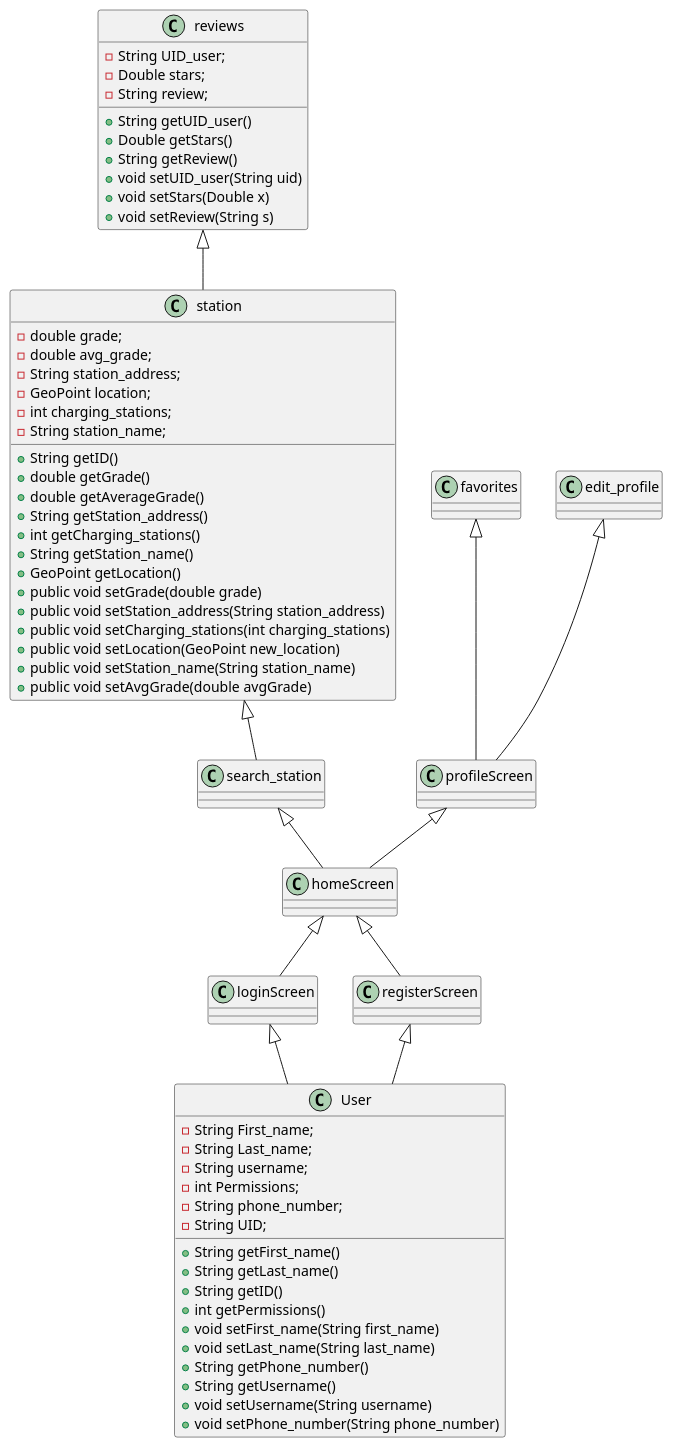
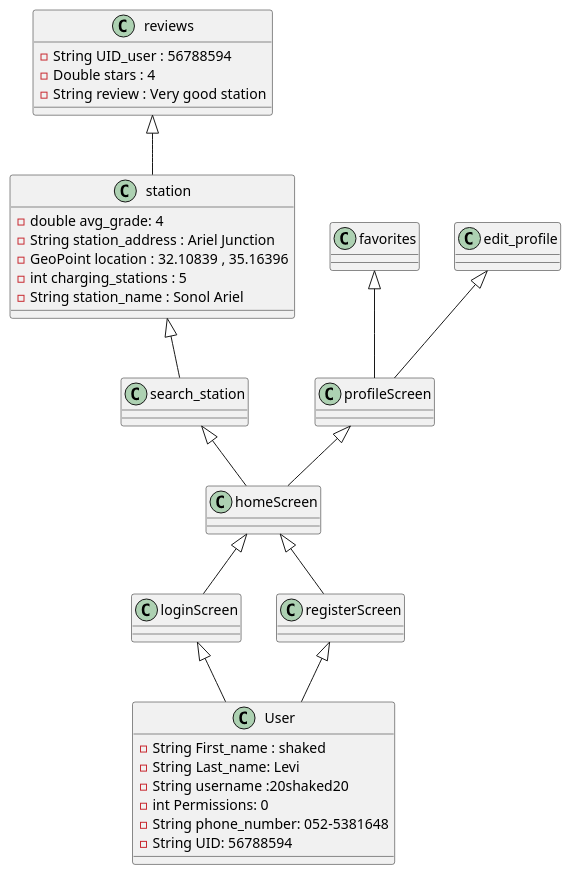
The diagram in app/src/androidTest/java/good_uml/obj_diagram_user.puml (20shaked20/EV-SC), drawn with PlantUML before and after one commit. The commit also changed 1 other file, not shown here.

```diff
--- a/app/src/androidTest/java/good_uml/obj_diagram_user.puml
+++ b/app/src/androidTest/java/good_uml/obj_diagram_user.puml
@@ -1,92 +1,65 @@
 @startuml
 'https://plantuml.com/class-diagram
 
 
 
 class User {
--String First_name;
--String Last_name;
--String username;
--int Permissions;
--String phone_number;
--String UID;
-+ String getFirst_name()
-+ String getLast_name()
-+ String getID()
-+ int getPermissions()
-+ void setFirst_name(String first_name)
-+ void setLast_name(String last_name)
-+ String getPhone_number()
-+ String getUsername()
-+ void setUsername(String username)
-+ void setPhone_number(String phone_number)
+-String First_name : shaked
+-String Last_name: Levi
+-String username :20shaked20
+-int Permissions: 0
+-String phone_number: 052-5381648
+-String UID: 56788594
+
 }
 
 
 class loginScreen {
 }
 
 class registerScreen {
 }
 
 class homeScreen {
 }
 
 class search_station {
 }
 class profileScreen {
 }
 class favorites {
 }
 
 class edit_profile {
 }
 class station {
-- double grade;
--double avg_grade;
--String station_address;
--GeoPoint location;
--int charging_stations;
--String station_name;
-+ String getID()
-+ double getGrade()
-+ double getAverageGrade()
-+ String getStation_address()
-+ int getCharging_stations()
-+ String getStation_name()
-+ GeoPoint getLocation()
-+ public void setGrade(double grade)
-+ public void setStation_address(String station_address)
-+ public void setCharging_stations(int charging_stations)
-+ public void setLocation(GeoPoint new_location)
-+ public void setStation_name(String station_name)
-+ public void setAvgGrade(double avgGrade)
+-double avg_grade: 4
+-String station_address : Ariel Junction
+-GeoPoint location : 32.10839 , 35.16396
+-int charging_stations : 5
+-String station_name : Sonol Ariel
+
 
 }
 
 class reviews {
- - String UID_user;
-   - Double stars;
-   - String review;
+ - String UID_user : 56788594
+   - Double stars : 4
+   - String review : Very good station
 
-+ String getUID_user()
-+ Double getStars()
-+ String getReview()
-+ void setUID_user(String uid)
-+ void setStars(Double x)
-+ void setReview(String s)
+
 
 }
 
 loginScreen <|-- User
 registerScreen <|-- User
 homeScreen <|-- loginScreen
 homeScreen <|-- registerScreen
 search_station <|-- homeScreen
 profileScreen <|-- homeScreen
 edit_profile <|-- profileScreen
 favorites <|-- profileScreen
 station <|-- search_station
 reviews <|-- station
 
 @enduml
```
